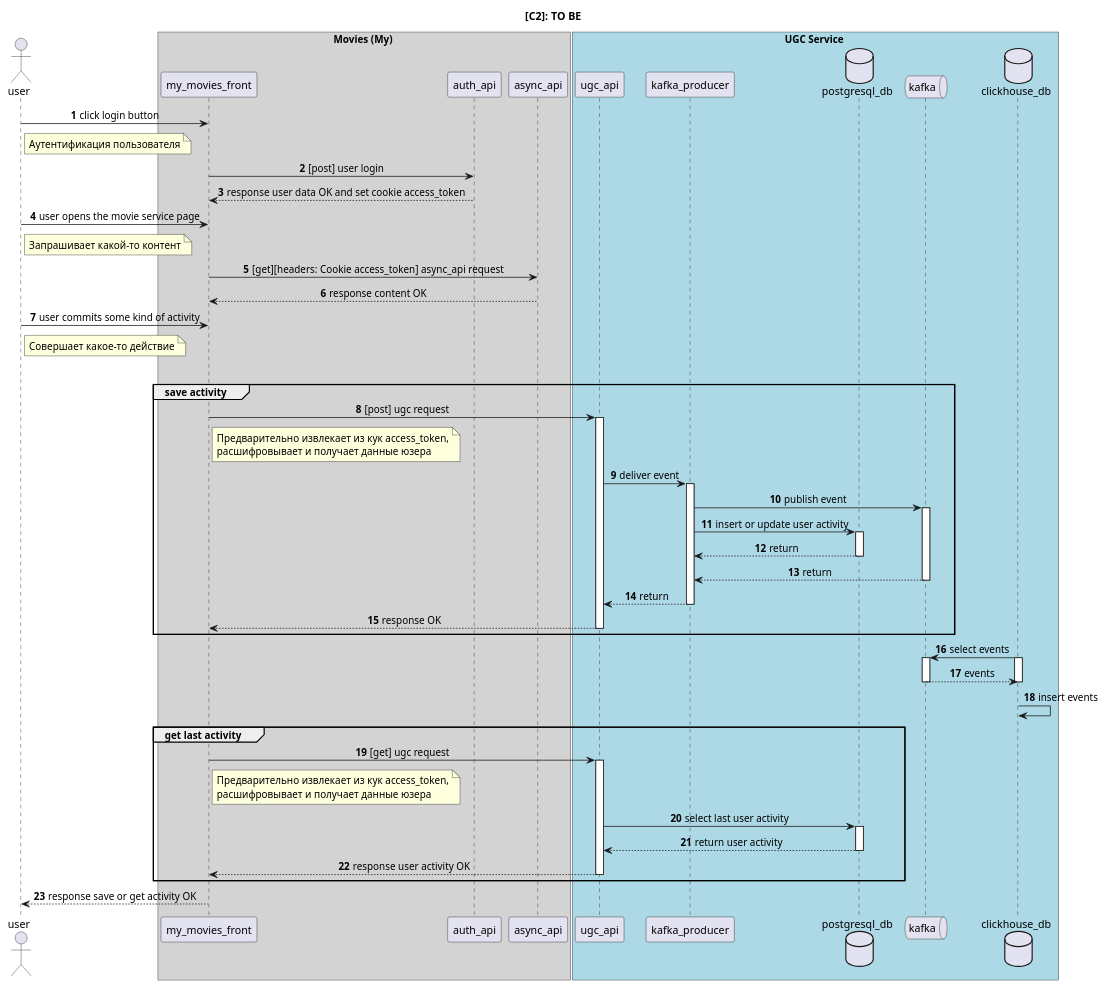
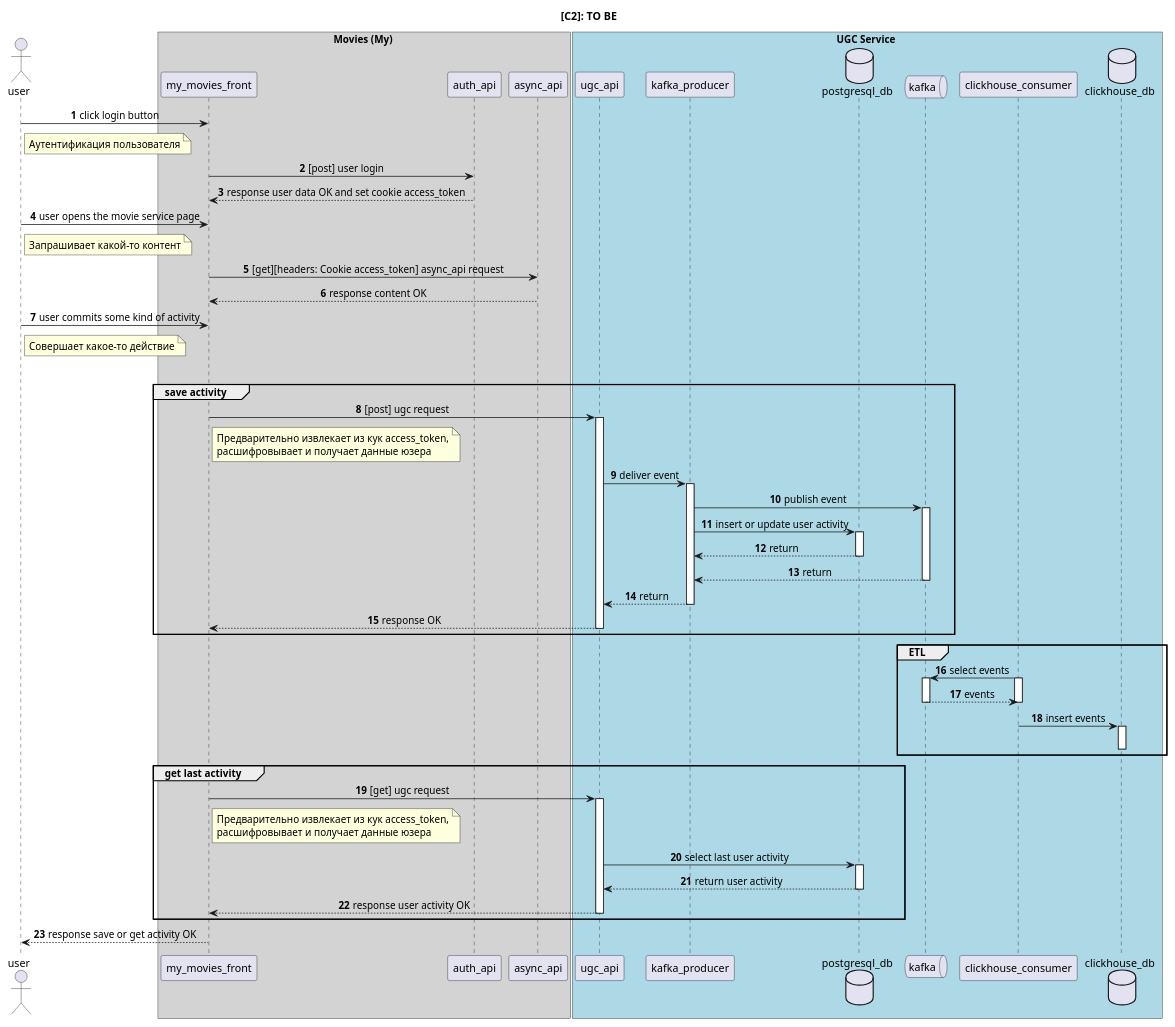
Before and after one commit to wiky-avis/movies_ugc_service: the diagram in docs/с2_to_be.puml, drawn with PlantUML. The commit also changed 1 other file, not shown here.

```diff
--- a/docs/с2_to_be.puml
+++ b/docs/с2_to_be.puml
@@ -1,94 +1,99 @@
 @startuml
 
 title [C2]: TO BE
 
 autonumber
 skinparam sequenceMessageAlign center
 
 actor user as user
 
 box Movies (My) #LightGray
 participant my_movies_front as my_movies_front
 participant auth_api as auth_api
 participant async_api as async_api
 end box
 
 user -> my_movies_front : click login button
 note right of user
 Аутентификация пользователя
 end note
 my_movies_front -> auth_api : [post] user login
 my_movies_front <-- auth_api: response user data OK and set cookie access_token
 user -> my_movies_front : user opens the movie service page
 note right of user
 Запрашивает какой-то контент
 end note
 my_movies_front -> async_api : [get][headers: Cookie access_token] async_api request
 my_movies_front <-- async_api: response content OK
 user -> my_movies_front : user commits some kind of activity
 note right of user
 Совершает какое-то действие
 end note
 
 |||
 
 box UGC Service #lightBlue
 participant ugc_api as ugc_api
 participant kafka_producer as kafka_producer
 database postgresql_db as postgresql_db
 queue kafka as kafka
+participant clickhouse_consumer as clickhouse_consumer
 database clickhouse_db as clickhouse_db
 end box
 
 autonumber 8
 group save activity
 my_movies_front -> ugc_api: [post] ugc request
 note right of my_movies_front
 Предварительно извлекает из кук access_token,
 расшифровывает и получает данные юзера
 end note
 activate ugc_api
 ugc_api -> kafka_producer: deliver event
 activate kafka_producer
 kafka_producer -> kafka: publish event
 activate kafka
 kafka_producer -> postgresql_db: insert or update user activity
 activate postgresql_db
 kafka_producer <-- postgresql_db: return
 deactivate postgresql_db
 kafka_producer <-- kafka: return
 deactivate kafka
 ugc_api <-- kafka_producer: return
 deactivate kafka_producer
 my_movies_front <-- ugc_api: response OK
 deactivate ugc_api
 end
 
 autonumber 16
-kafka <- clickhouse_db: select events
+group ETL
+kafka <- clickhouse_consumer: select events
 activate kafka
+activate clickhouse_consumer
+kafka --> clickhouse_consumer: events
+deactivate kafka
+deactivate clickhouse_consumer
+clickhouse_consumer -> clickhouse_db: insert events
 activate clickhouse_db
-kafka --> clickhouse_db: events
-deactivate kafka
 deactivate clickhouse_db
-clickhouse_db -> clickhouse_db: insert events
+end
 
 autonumber 19
 group get last activity
 my_movies_front -> ugc_api: [get] ugc request
 note right of my_movies_front
 Предварительно извлекает из кук access_token,
 расшифровывает и получает данные юзера
 end note
 activate ugc_api
 ugc_api -> postgresql_db: select last user activity
 activate postgresql_db
 ugc_api <-- postgresql_db: return user activity
 deactivate postgresql_db
 my_movies_front <-- ugc_api: response user activity OK
 deactivate ugc_api
 end
 
 user <-- my_movies_front: response save or get activity OK
 
 @enduml
```
